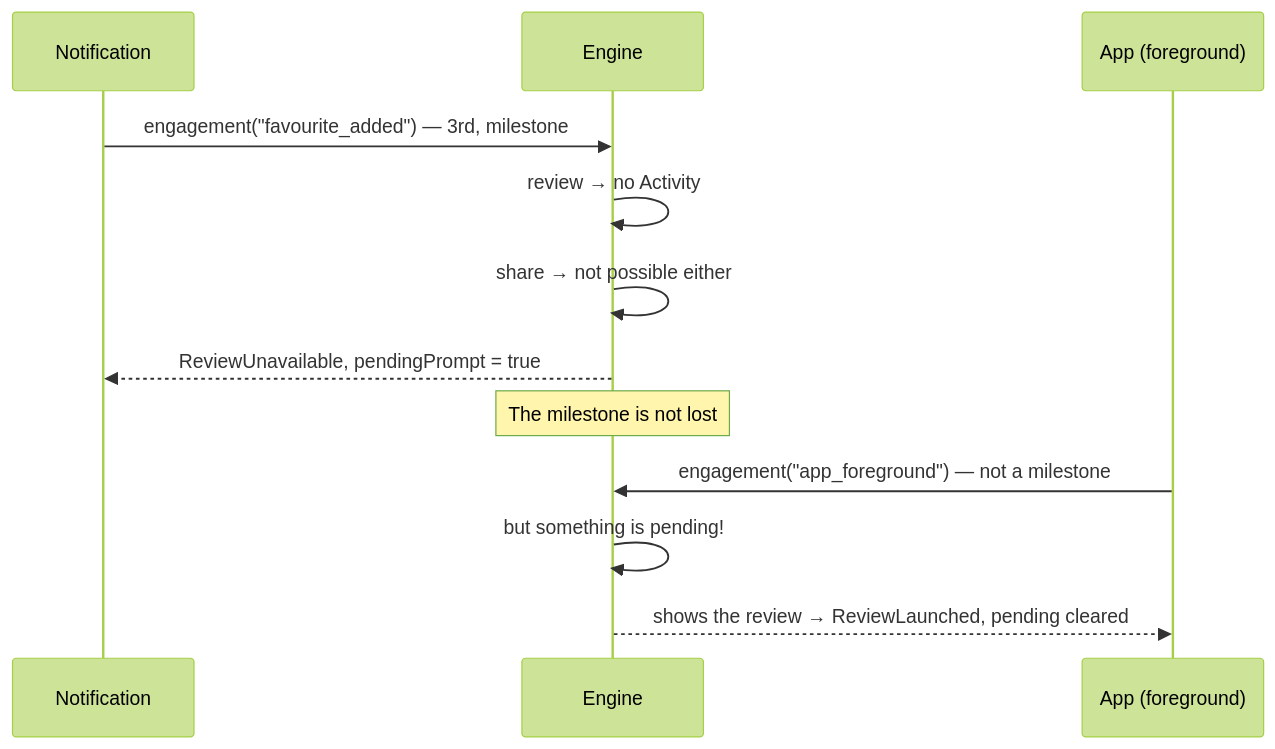
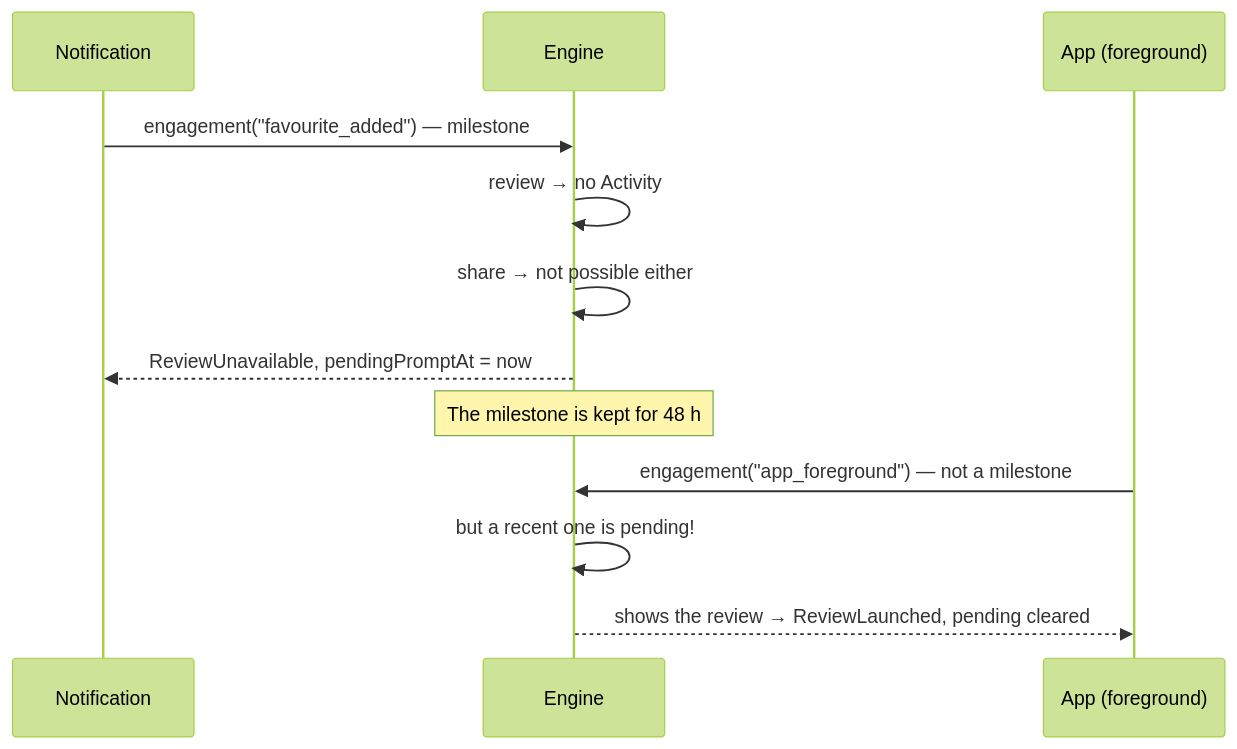
One commit to raxden/android-platform changed the second of 3 diagrams in platform/engagement/README.md. Above: the diagram before and after it, drawn with Mermaid (forest theme). The commit also changed other lines of this file and 30 other files, not shown here.

````diff
--- a/platform/engagement/README.md
+++ b/platform/engagement/README.md
@@ -116,14 +119,14 @@
 ```mermaid
 sequenceDiagram
     participant N as Notification
     participant E as Engine
     participant App as App (foreground)
-    N->>E: engagement("favourite_added") — 3rd, milestone
+    N->>E: engagement("favourite_added") — milestone
     E->>E: review → no Activity
     E->>E: share → not possible either
-    E-->>N: ReviewUnavailable, pendingPrompt = true
-    Note over E: The milestone is not lost
+    E-->>N: ReviewUnavailable, pendingPromptAt = now
+    Note over E: The milestone is kept for 48 h
     App->>E: engagement("app_foreground") — not a milestone
-    E->>E: but something is pending!
+    E->>E: but a recent one is pending!
     E-->>App: shows the review → ReviewLaunched, pending cleared
 ```
````
